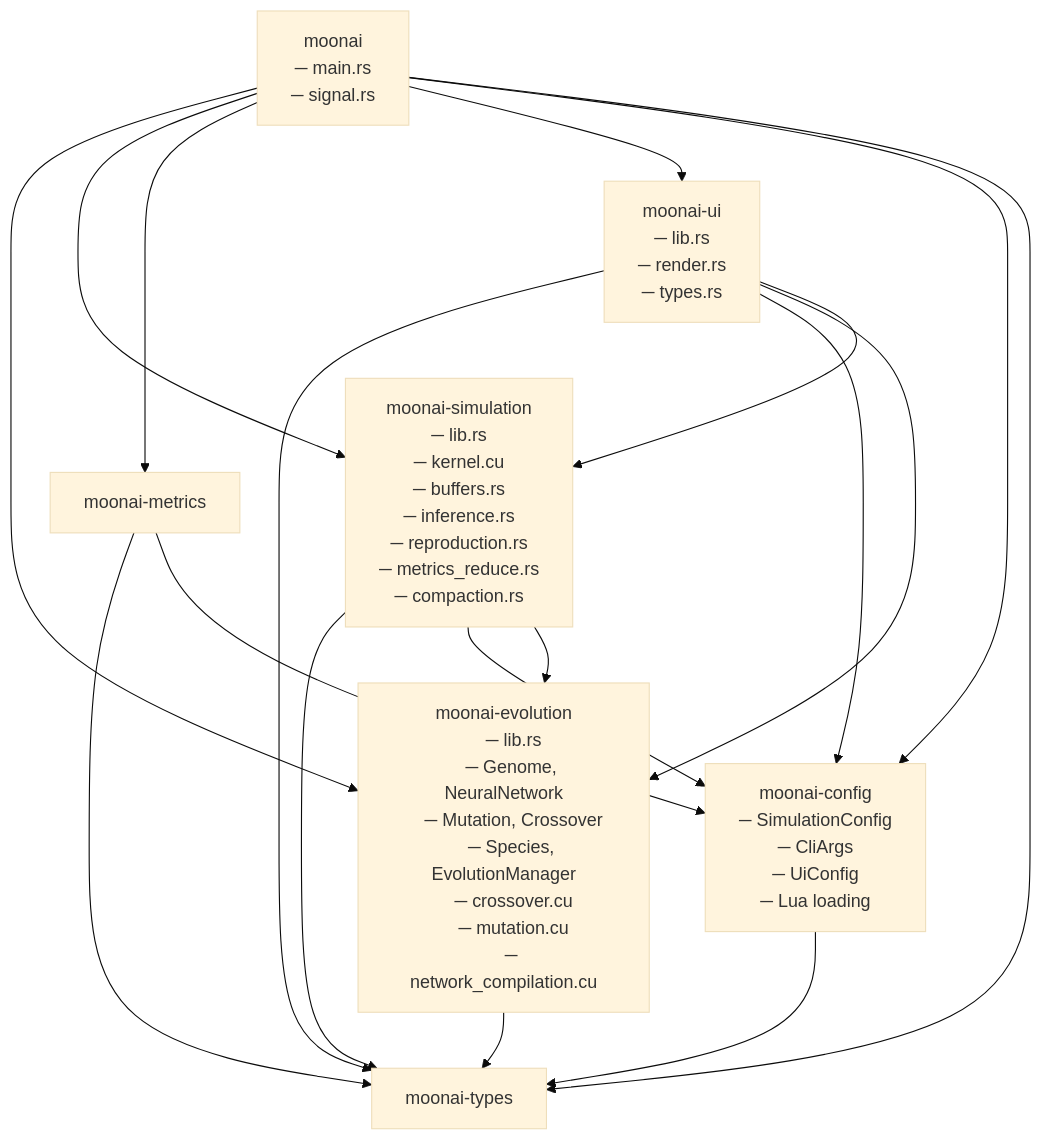
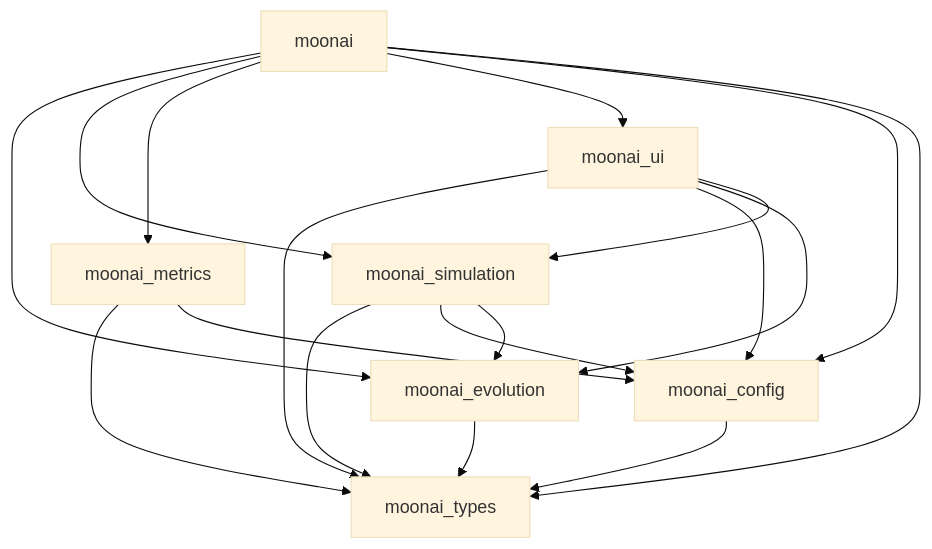
The first of 4 diagrams in docs/internals/roadmap.md (oguzhanozkaya/moonai), drawn with Mermaid (base theme) before and after one commit. The commit also changed other lines of this file and 27 other files, not shown here.

````diff
--- a/docs/internals/roadmap.md
+++ b/docs/internals/roadmap.md
@@ -13,71 +13,28 @@
 ```mermaid
 graph TD
-    moonai["
     moonai
-    ─ main.rs
-    ─ signal.rs
-    "]
-
-    moonai_config["
-    moonai-config
-    ─ SimulationConfig
-    ─ CliArgs
-    ─ UiConfig
-    ─ Lua loading
-    "]
-
-    moonai_types["
-    moonai-types
-    "]
-
-    moonai_evolution["
-    moonai-evolution
-    ─ lib.rs
-    ─ Genome, NeuralNetwork
-    ─ Mutation, Crossover
-    ─ Species, EvolutionManager
-    ─ crossover.cu
-    ─ mutation.cu
-    ─ network_compilation.cu
-    "]
-
-    moonai_simulation["
-    moonai-simulation
-    ─ lib.rs
-    ─ kernel.cu
-    ─ buffers.rs
-    ─ inference.rs
-    ─ reproduction.rs
-    ─ metrics_reduce.rs
-    ─ compaction.rs
-    "]
-
-    moonai_metrics["
-    moonai-metrics
-    "]
-
-    moonai_ui["
-    moonai-ui
-    ─ lib.rs
-    ─ render.rs
-    ─ types.rs
-    "]
+    moonai_config
+    moonai_types
+    moonai_evolution
+    moonai_simulation
+    moonai_metrics
+    moonai_ui
 
     moonai_config --> moonai_types
     moonai_evolution --> moonai_types
     moonai_simulation --> moonai_types
     moonai_simulation --> moonai_config
     moonai_simulation --> moonai_evolution
     moonai_metrics --> moonai_types
     moonai_metrics --> moonai_config
     moonai_ui --> moonai_types
     moonai_ui --> moonai_config
     moonai_ui --> moonai_evolution
     moonai_ui --> moonai_simulation
     moonai --> moonai_evolution
     moonai --> moonai_simulation
     moonai --> moonai_metrics
     moonai --> moonai_ui
     moonai --> moonai_config
     moonai --> moonai_types
 ```
````
